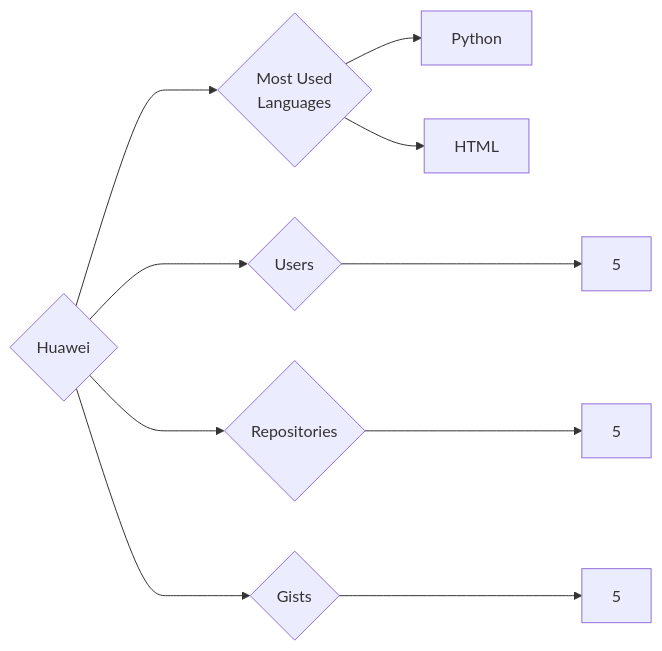
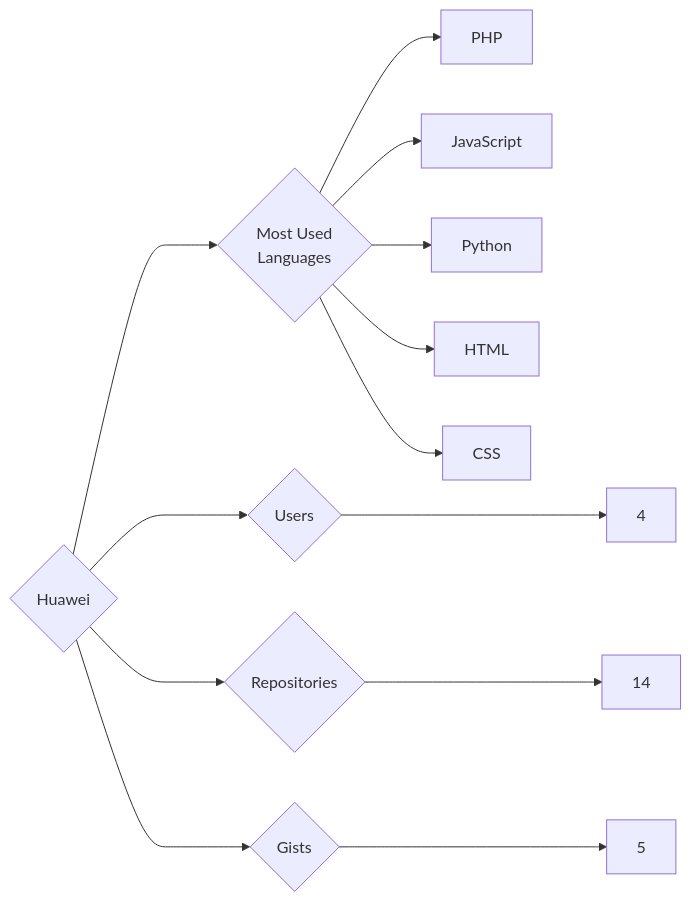
One commit to trickest/insiders changed the diagram in targets/Huawei/README.md. Above: the diagram before and after it, drawn with Mermaid. The commit also changed 1055 other files, not shown here.

````diff
--- a/targets/Huawei/README.md
+++ b/targets/Huawei/README.md
@@ -3,10 +3,13 @@
 ```mermaid
 graph LR
 COMPANY_NAME{Huawei}
-COMPANY_NAME ---> U{Users} ---> UN[5]
-COMPANY_NAME ---> R{Repositories} ---> RN[5]
+COMPANY_NAME ---> U{Users} ---> UN[4]
+COMPANY_NAME ---> R{Repositories} ---> RN[14]
 COMPANY_NAME ---> G{Gists} ---> GN[5]
 COMPANY_NAME ---> ML{Most Used<br>Languages}
+ML --> PHP[PHP]
+ML --> JavaScript[JavaScript]
 ML --> Python[Python]
 ML --> HTML[HTML]
+ML --> CSS[CSS]
 ```
````
